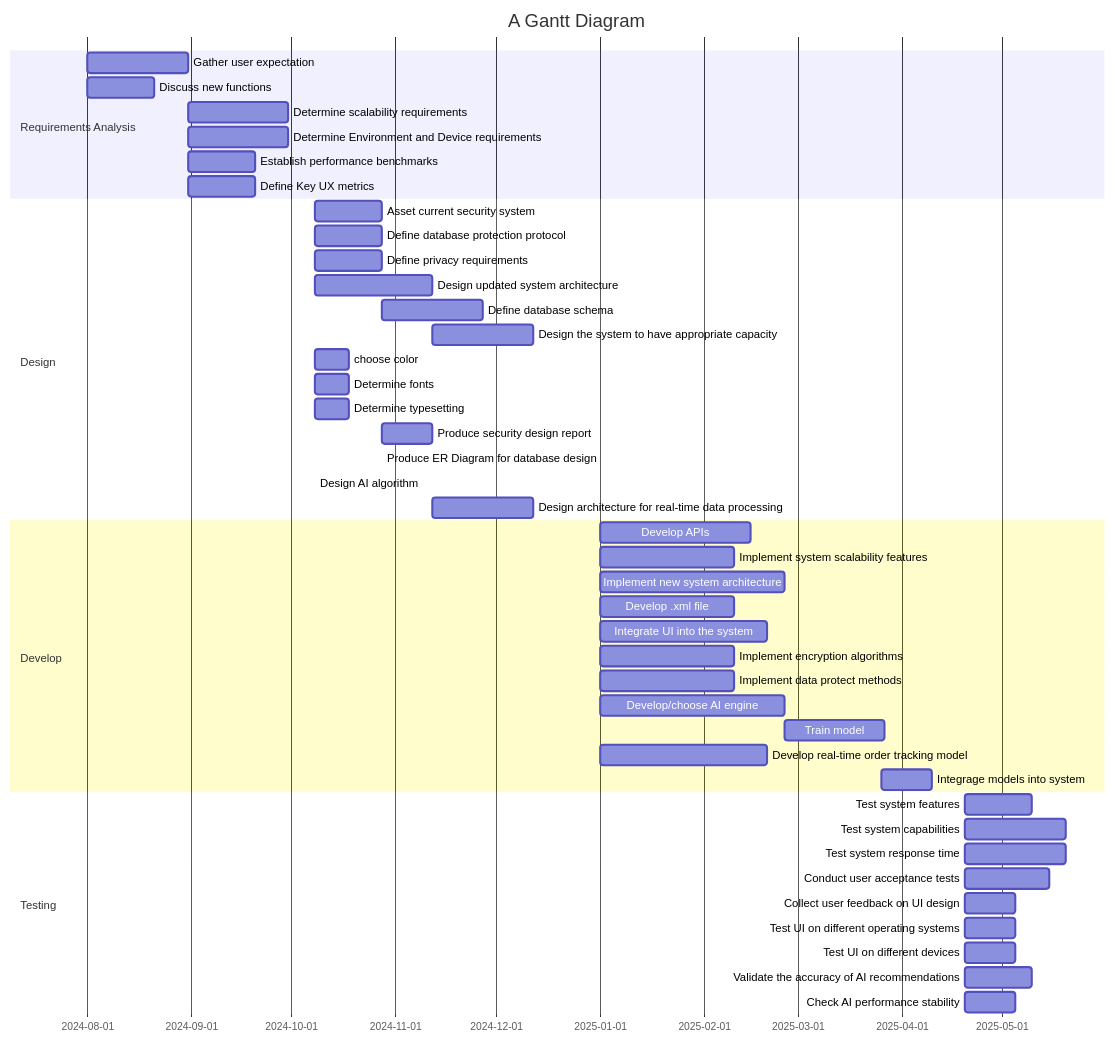
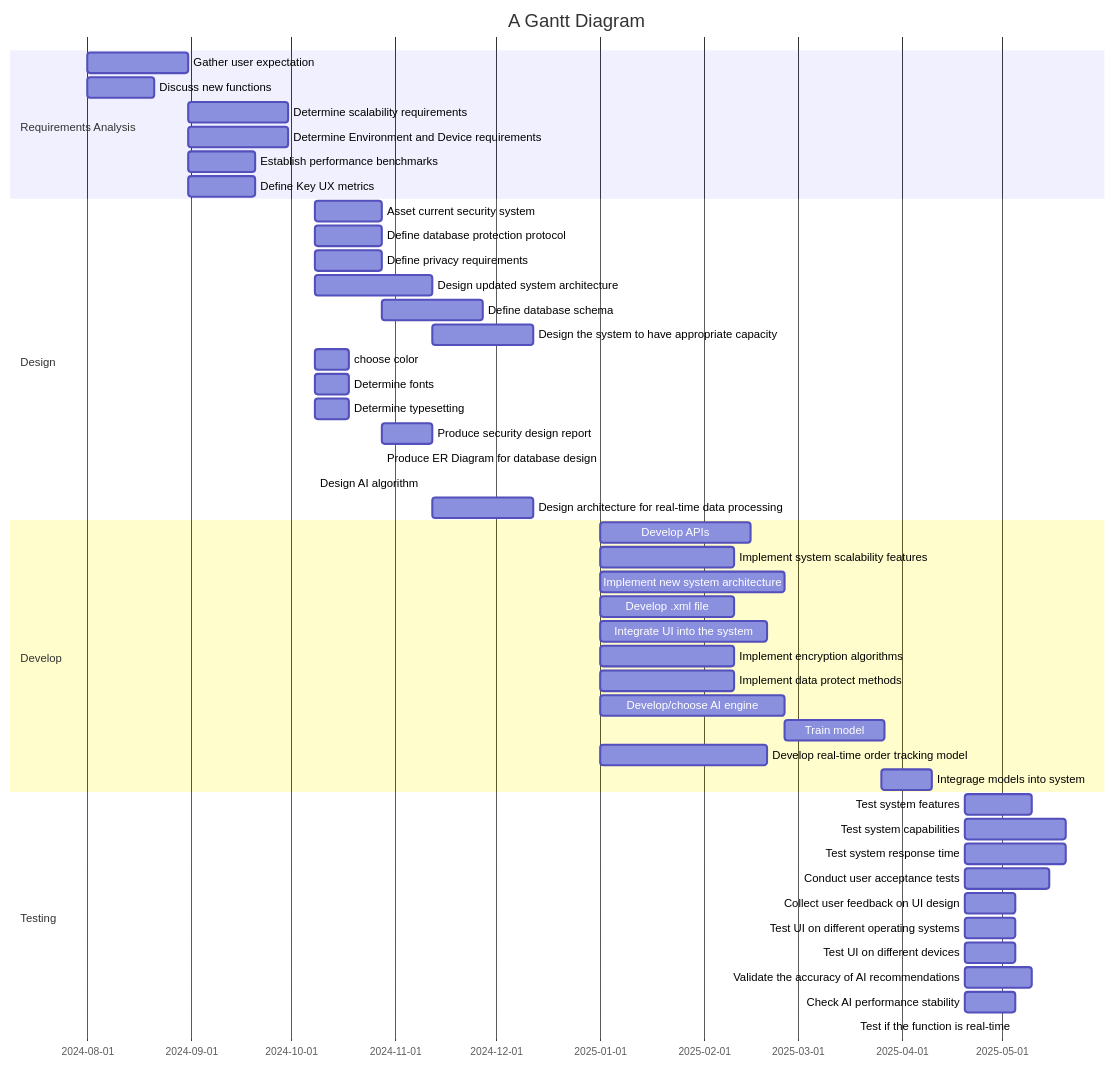
One commit to sayshelley/iodraw-files changed the diagram in all/Untitled-4.md. Above: the diagram before and after it, drawn with Mermaid.

Commit message:
2024-10-11 18:34:27 update

````diff
--- a/all/Untitled-4.md
+++ b/all/Untitled-4.md
@@ -1,57 +1,57 @@
 ```mermaid
 gantt
     title A Gantt Diagram
     dateFormat  YYYY-MM-DD
     section Requirements Analysis
         Gather user expectation: a4, 2024-08-01, 30d
         Discuss new functions: a6, 2024-08-01, 20d
         Determine scalability requirements: a1, after a4, 30d
         Determine Environment and Device requirements: a2, after a4, 30d
         Establish performance benchmarks: a3, after a4, 20d
         Define Key UX metrics: a5, after a4, 20d
         
     section Design
         Asset current security system: b1, 2024-10-08, 20d
         Define database protection protocol: b2, 2024-10-08, 20d
         Define privacy requirements: b3, 2024-10-08, 20d
         Design updated system architecture: b4, 2024-10-08, 35d
         Define database schema: b5, after b2, 30d
         Design the system to have appropriate capacity: b6, after b4, 30d
         choose color: b7, 2024-10-08, 10d
         Determine fonts: b8, 2024-10-08, 10d
         Determine typesetting: b9, 2024-10-08, 10d
         Produce security design report: b10, 2024-10-28 ,15d
         Produce ER Diagram for database design: b11, 2024-10-28, 15
         Design AI algorithm: b12, 2024-10-08, 35
         Design architecture for real-time data processing: b13, 2024-11-12,30d
     section Develop
         Develop APIs: c1, 2025-01-01, 45d
         Implement system scalability features: c2, 2025-01-01, 40d
         Implement new system architecture: c3, 2025-01-01, 55d
         Develop .xml file: c4, 2025-01-01, 40d
         Integrate UI into the system: c5, 2025-01-01, 50d
         Implement encryption algorithms:c6, 2025-01-01, 40d
         Implement data protect methods: c7, 2025-01-01, 40d
         Develop/choose AI engine: c8, 2025-01-01, 55d
         Train model: c9, 2025-02-25, 30d
         Develop real-time order tracking model: c10, 2025-01-01, 50d
         Integrage models into system: c11, 2025-03-26, 15d
     section Testing
         Test system features: d1, 2025-04-20, 20d
         Test system capabilities: d2, 2025-04-20, 30d
         Test system response time: d3, 2025-04-20, 30d
         Conduct user acceptance tests: d4, 2025-04-20, 25d
         Collect user feedback on UI design: d5, 2025-04-20, 15d
         Test UI on different operating systems: d6, 2025-04-20, 15d
         Test UI on different devices: d7, 2025-04-20, 15d
         Validate the accuracy of AI recommendations: d8, 2025-04-20, 20d
         Check AI performance stability: d9, 2025-04-20, 15d
-        
+        Test if the function is real-time: 
     
         
 
     
 
 
    
 ```
````
